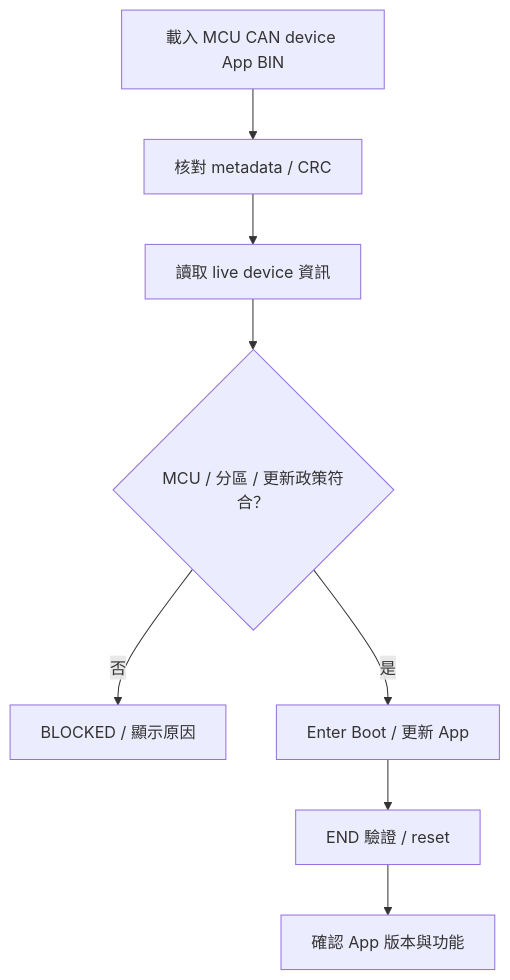
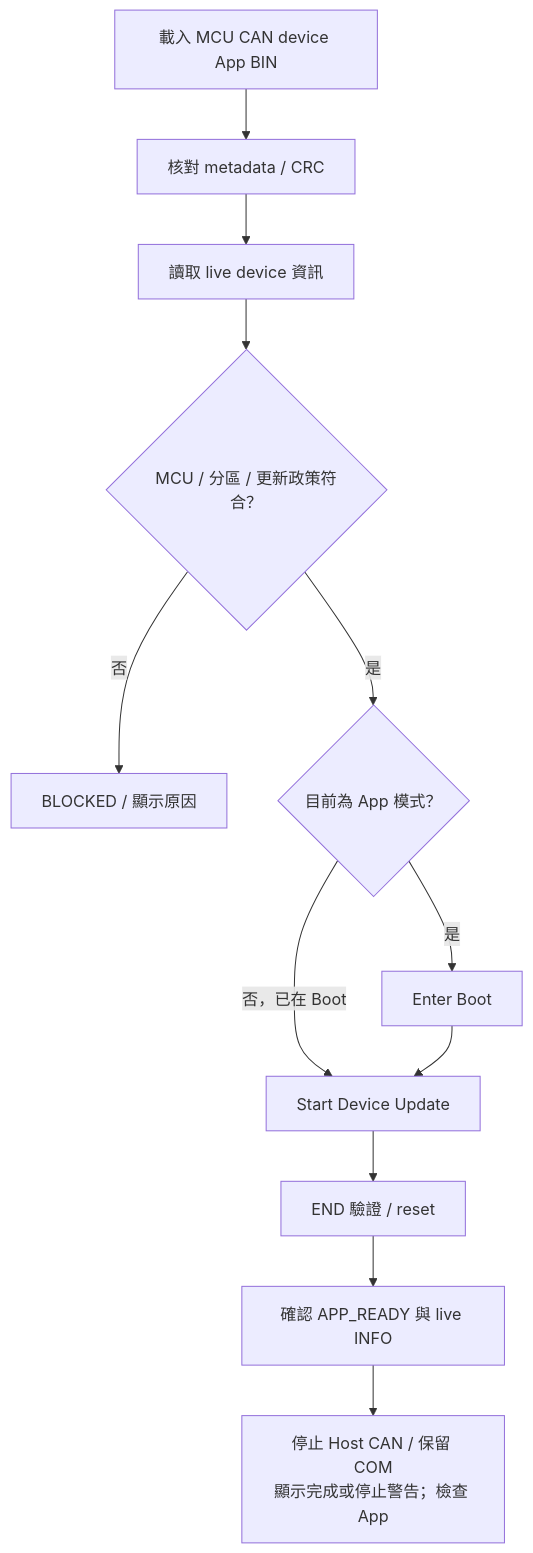
One commit to released/slide_isp_tool_for_RL78 changed the first of 15 diagrams in index.md. Above: the diagram before and after it, drawn with Mermaid. The commit also changed other lines of this file and 1 other file, not shown here.

````diff
--- a/index.md
+++ b/index.md
@@ -180,10 +185,14 @@
 ```mermaid
 flowchart TD
     LOAD["載入 MCU CAN device App BIN"] --> FILE["核對 metadata / CRC"]
     FILE --> DISCOVER["讀取 live device 資訊"]
     DISCOVER --> MATCH{"MCU / 分區 / 更新政策符合？"}
     MATCH -->|否| STOP["BLOCKED / 顯示原因"]
-    MATCH -->|是| ENTER["Enter Boot / 更新 App"]
-    ENTER --> END["END 驗證 / reset"]
-    END --> APP["確認 App 版本與功能"]
+    MATCH -->|是| MODE{"目前為 App 模式？"}
+    MODE -->|是| ENTER["Enter Boot"]
+    MODE -->|否，已在 Boot| UPDATE["Start Device Update"]
+    ENTER --> UPDATE
+    UPDATE --> END["END 驗證 / reset"]
+    END --> APP["確認 APP_READY 與 live INFO"]
+    APP --> DONE["停止 Host CAN / 保留 COM<br/>顯示完成或停止警告；檢查 App"]
 ```
````
